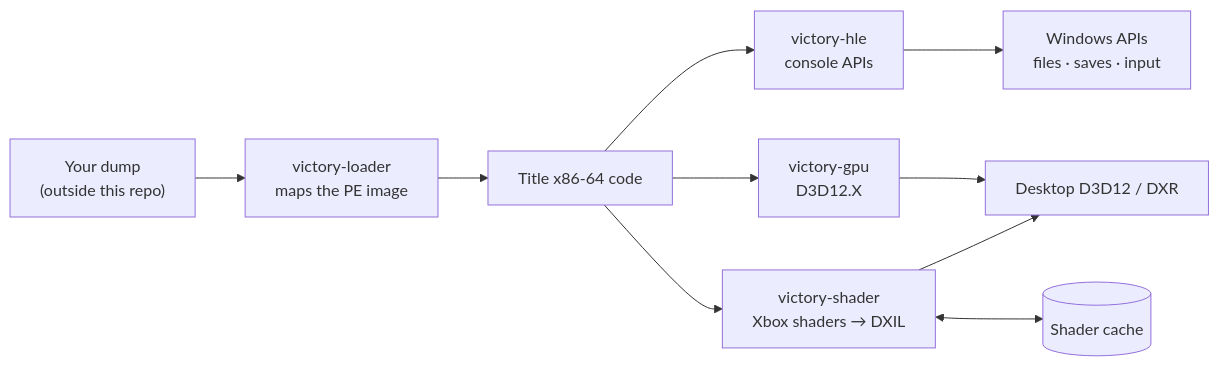
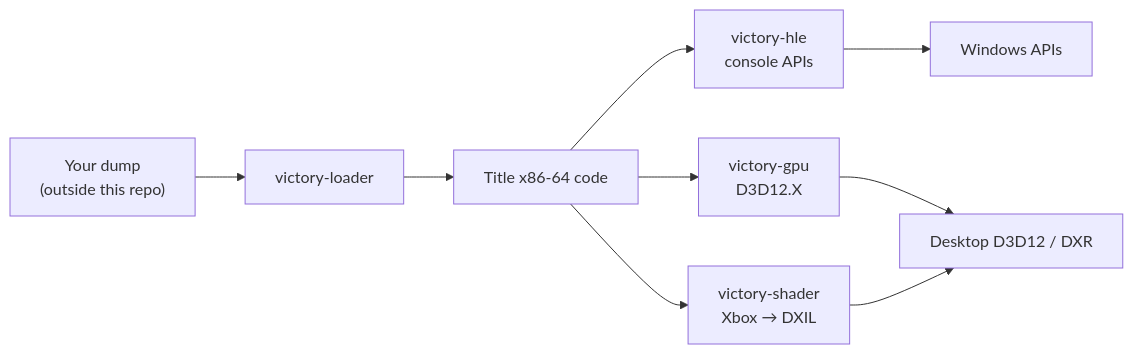
One commit to ihaterockstargames/sixth-star changed the diagram in README.md. Above: the diagram before and after it, drawn with Mermaid. The commit also changed 2 other files, not shown here.

Commit message:
Sixth Star update 2026-11-25

````diff
--- a/README.md
+++ b/README.md
@@ -35,12 +35,11 @@
 ```mermaid
 flowchart LR
-    DUMP["Your dump<br/>(outside this repo)"] --> LOADER["victory-loader<br/>maps the PE image"]
+    DUMP["Your dump<br/>(outside this repo)"] --> LOADER["victory-loader"]
     LOADER --> CODE["Title x86-64 code"]
     CODE --> HLE["victory-hle<br/>console APIs"]
     CODE --> GPU["victory-gpu<br/>D3D12.X"]
-    CODE --> SHADER["victory-shader<br/>Xbox shaders → DXIL"]
-    SHADER <--> CACHE[("Shader cache")]
-    HLE --> HOST["Windows APIs<br/>files · saves · input"]
+    CODE --> SHADER["victory-shader<br/>Xbox → DXIL"]
+    HLE --> HOST["Windows APIs"]
     GPU --> D3D12["Desktop D3D12 / DXR"]
     SHADER --> D3D12
 ```
````
